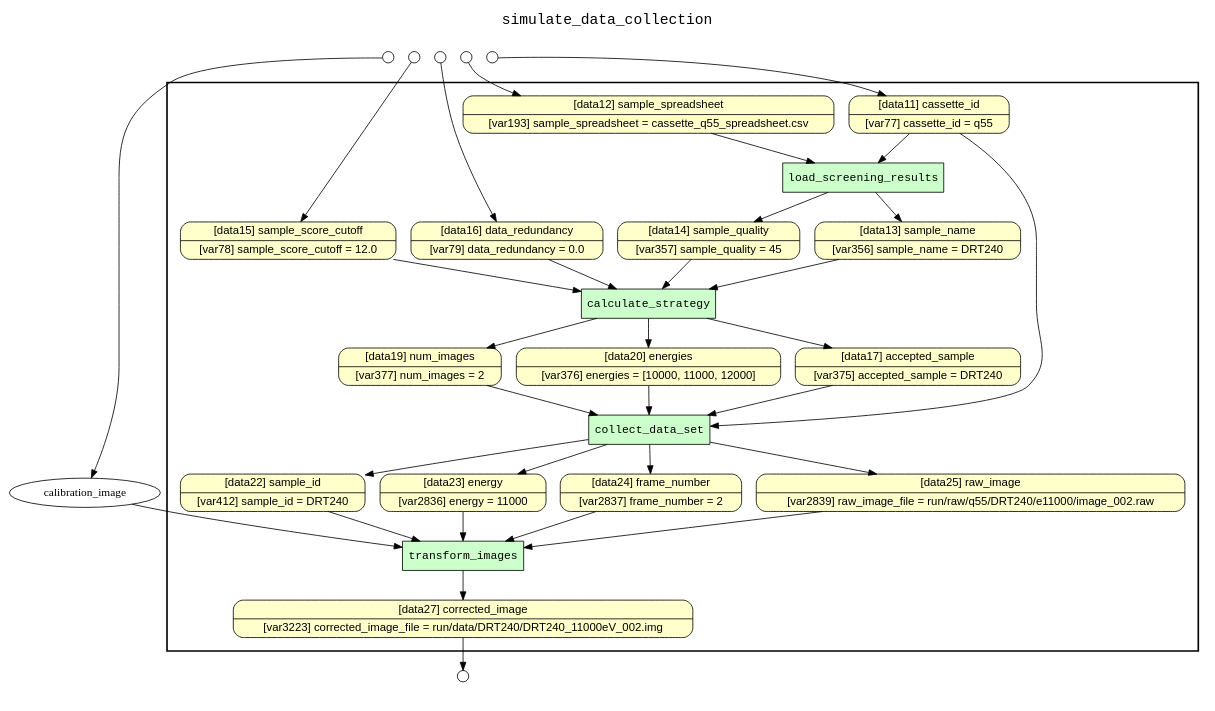
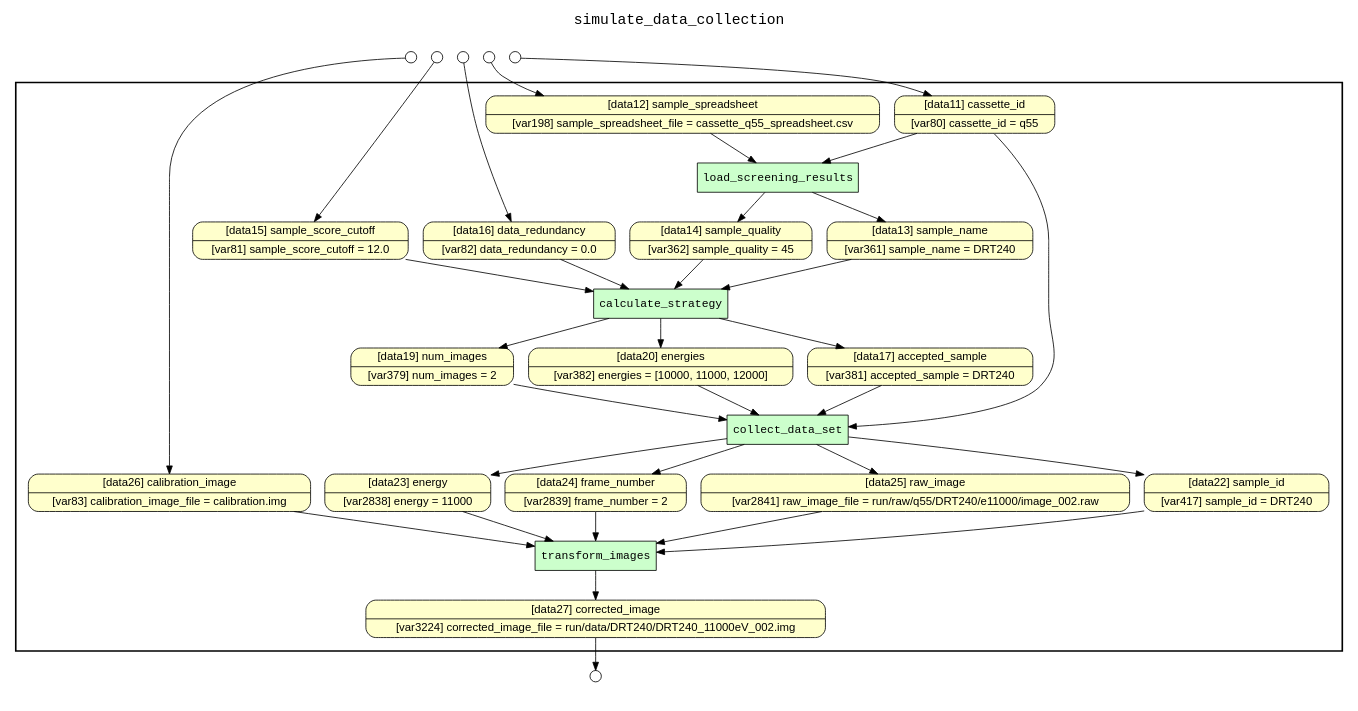
Before and after one commit to yesworkflow-org/yw-noworkflow: the diagram in examples/simulate_data_collection/yw_nw_retrospective_lineage.gv, drawn with Graphviz. The commit also changed 39 other files, not shown here.

Commit message:
Path to calibration image now a parameter to simulate_data_collection.

```diff
--- a/examples/simulate_data_collection/yw_nw_retrospective_lineage.gv
+++ b/examples/simulate_data_collection/yw_nw_retrospective_lineage.gv
@@ -1,75 +1,76 @@
 
 digraph yw_data_view {
 rankdir=TB
 fontname=Courier; fontsize=18; labelloc=t
 label="simulate_data_collection"
 subgraph cluster_workflow { label=""; color=black; penwidth=2
 subgraph cluster_workflow_inner { label=""; color=white
 node[shape=box style="filled" fillcolor="#CCFFCC" peripheries=1 fontname=Courier]
 collect_data_set
 calculate_strategy
 load_screening_results
 transform_images
 node[shape=box style="filled" fillcolor="#CCFFCC" peripheries=1 fontname=Courier]
 node[shape=box style="rounded,filled" fillcolor="#FFFFCC" peripheries=1 fontname=Helvetica]
-cassette_id [shape=record rankdir=LR label="{<f0> [data11] cassette_id |<f1> [var77] cassette_id = q55}"]
-sample_spreadsheet [shape=record rankdir=LR label="{<f0> [data12] sample_spreadsheet |<f1> [var193] sample_spreadsheet = cassette_q55_spreadsheet.csv}"]
-sample_name [shape=record rankdir=LR label="{<f0> [data13] sample_name |<f1> [var356] sample_name = DRT240}"]
-sample_quality [shape=record rankdir=LR label="{<f0> [data14] sample_quality |<f1> [var357] sample_quality = 45}"]
-sample_score_cutoff [shape=record rankdir=LR label="{<f0> [data15] sample_score_cutoff |<f1> [var78] sample_score_cutoff = 12.0}"]
-data_redundancy [shape=record rankdir=LR label="{<f0> [data16] data_redundancy |<f1> [var79] data_redundancy = 0.0}"]
-accepted_sample [shape=record rankdir=LR label="{<f0> [data17] accepted_sample |<f1> [var375] accepted_sample = DRT240}"]
-num_images [shape=record rankdir=LR label="{<f0> [data19] num_images |<f1> [var377] num_images = 2}"]
-energies [shape=record rankdir=LR label="{<f0> [data20] energies |<f1> [var376] energies = [10000, 11000, 12000]}"]
-sample_id [shape=record rankdir=LR label="{<f0> [data22] sample_id |<f1> [var412] sample_id = DRT240}"]
-energy [shape=record rankdir=LR label="{<f0> [data23] energy |<f1> [var2836] energy = 11000}"]
-frame_number [shape=record rankdir=LR label="{<f0> [data24] frame_number |<f1> [var2837] frame_number = 2}"]
-raw_image [shape=record rankdir=LR label="{<f0> [data25] raw_image |<f1> [var2839] raw_image_file = run/raw/q55/DRT240/e11000/image_002.raw}"]
-corrected_image [shape=record rankdir=LR label="{<f0> [data27] corrected_image |<f1> [var3223] corrected_image_file = run/data/DRT240/DRT240_11000eV_002.img}"]
+cassette_id [shape=record rankdir=LR label="{<f0> [data11] cassette_id |<f1> [var80] cassette_id = q55}"]
+sample_spreadsheet [shape=record rankdir=LR label="{<f0> [data12] sample_spreadsheet |<f1> [var198] sample_spreadsheet_file = cassette_q55_spreadsheet.csv}"]
+sample_name [shape=record rankdir=LR label="{<f0> [data13] sample_name |<f1> [var361] sample_name = DRT240}"]
+sample_quality [shape=record rankdir=LR label="{<f0> [data14] sample_quality |<f1> [var362] sample_quality = 45}"]
+sample_score_cutoff [shape=record rankdir=LR label="{<f0> [data15] sample_score_cutoff |<f1> [var81] sample_score_cutoff = 12.0}"]
+data_redundancy [shape=record rankdir=LR label="{<f0> [data16] data_redundancy |<f1> [var82] data_redundancy = 0.0}"]
+accepted_sample [shape=record rankdir=LR label="{<f0> [data17] accepted_sample |<f1> [var381] accepted_sample = DRT240}"]
+num_images [shape=record rankdir=LR label="{<f0> [data19] num_images |<f1> [var379] num_images = 2}"]
+energies [shape=record rankdir=LR label="{<f0> [data20] energies |<f1> [var382] energies = [10000, 11000, 12000]}"]
+sample_id [shape=record rankdir=LR label="{<f0> [data22] sample_id |<f1> [var417] sample_id = DRT240}"]
+energy [shape=record rankdir=LR label="{<f0> [data23] energy |<f1> [var2838] energy = 11000}"]
+frame_number [shape=record rankdir=LR label="{<f0> [data24] frame_number |<f1> [var2839] frame_number = 2}"]
+raw_image [shape=record rankdir=LR label="{<f0> [data25] raw_image |<f1> [var2841] raw_image_file = run/raw/q55/DRT240/e11000/image_002.raw}"]
+calibration_image [shape=record rankdir=LR label="{<f0> [data26] calibration_image |<f1> [var83] calibration_image_file = calibration.img}"]
+corrected_image [shape=record rankdir=LR label="{<f0> [data27] corrected_image |<f1> [var3224] corrected_image_file = run/data/DRT240/DRT240_11000eV_002.img}"]
 }}
 subgraph cluster_inflows { label=""; color=white; penwidth=2
 subgraph cluster_inflows_inner { label=""; color=white
 node[shape=circle fillcolor="#FFFFFF" peripheries=1 width=0.2]
 sample_spreadsheet_inflow [label=""]
 calibration_image_inflow [label=""]
 sample_score_cutoff_inflow [label=""]
 data_redundancy_inflow [label=""]
 cassette_id_inflow [label=""]
 }}
 subgraph cluster_outflows { label=""; color=white; penwidth=2
 subgraph cluster_outflows_inner { label=""; color=white
 node[shape=circle fillcolor="#FFFFFF" peripheries=1 width=0.2]
 corrected_image_outflow [label=""]
 }}
-raw_image -> transform_images
-num_images -> collect_data_set
-sample_name -> calculate_strategy
 frame_number -> transform_images
 energy -> transform_images
 energies -> collect_data_set
 sample_quality -> calculate_strategy
-sample_spreadsheet -> load_screening_results
-calibration_image -> transform_images
 sample_score_cutoff -> calculate_strategy
-data_redundancy -> calculate_strategy
 cassette_id -> collect_data_set
 cassette_id -> load_screening_results
+data_redundancy -> calculate_strategy
+calibration_image -> transform_images
 sample_id -> transform_images
+num_images -> collect_data_set
+sample_spreadsheet -> load_screening_results
+sample_name -> calculate_strategy
 accepted_sample -> collect_data_set
+raw_image -> transform_images
 load_screening_results -> sample_name
 load_screening_results -> sample_quality
 calculate_strategy -> accepted_sample
 calculate_strategy -> num_images
 calculate_strategy -> energies
 collect_data_set -> sample_id
 collect_data_set -> energy
 collect_data_set -> frame_number
 collect_data_set -> raw_image
 transform_images -> corrected_image
 sample_spreadsheet_inflow -> sample_spreadsheet
 calibration_image_inflow -> calibration_image
 sample_score_cutoff_inflow -> sample_score_cutoff
 data_redundancy_inflow -> data_redundancy
 cassette_id_inflow -> cassette_id
 corrected_image -> corrected_image_outflow
 }
```
